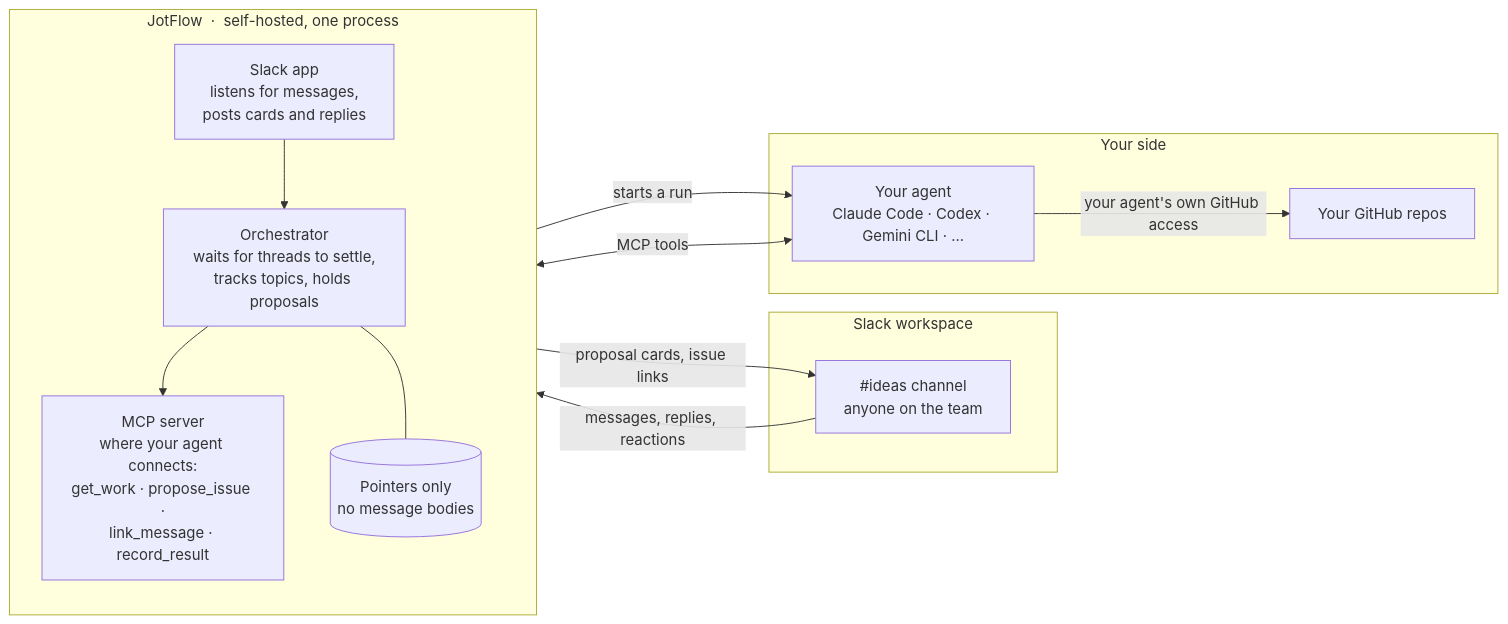
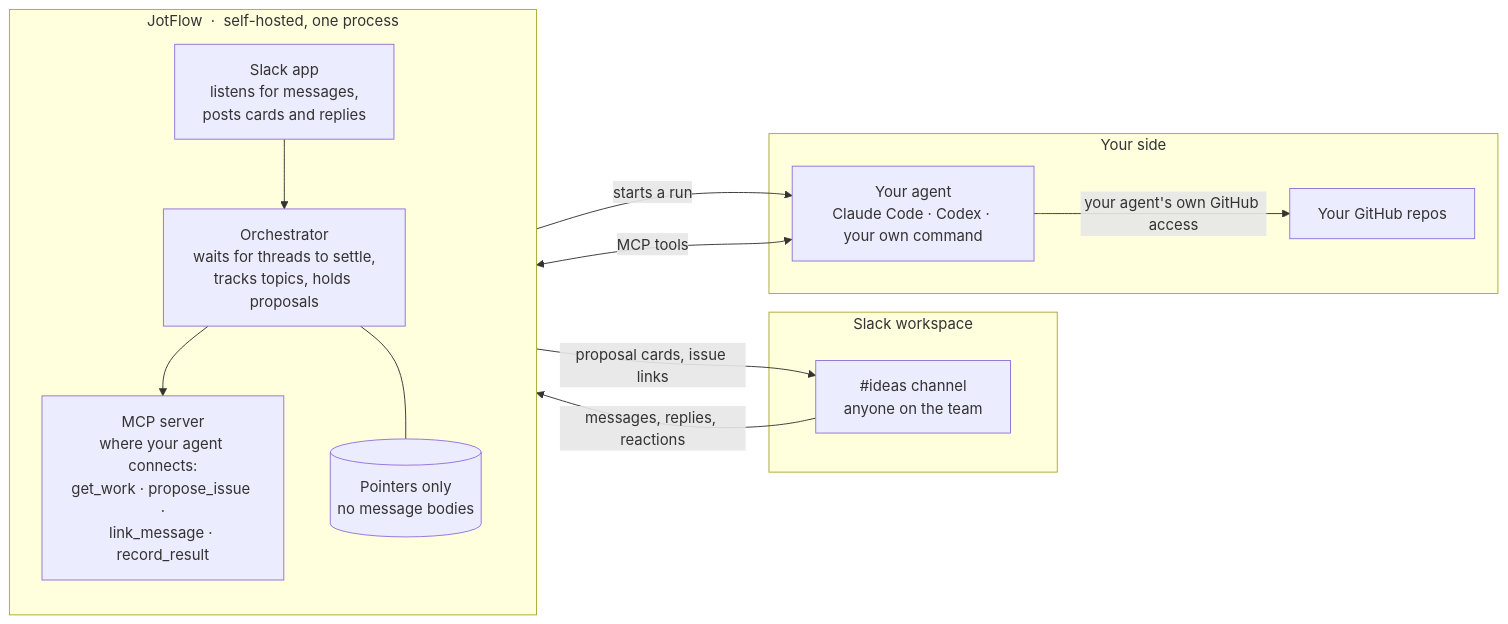
Before and after one commit to Jnkman787/jotflow: the first of 2 diagrams in README.md, drawn with Mermaid. The commit also changed other lines of this file and 2 other files, not shown here.

Commit message:
docs: add the After v0.1.0 milestone to the roadmap, and keep 0.1.0's docs to what ships (#218)
Refs #41

````diff
--- a/README.md
+++ b/README.md
@@ -19,27 +19,27 @@
 ```mermaid
 flowchart LR
     subgraph slack["Slack workspace"]
         ch["#ideas channel<br/>anyone on the team"]
     end
 
     subgraph jotflow["JotFlow &nbsp;·&nbsp; self-hosted, one process"]
         direction TB
         app["Slack app<br/>listens for messages,<br/>posts cards and replies"]
         core["Orchestrator<br/>waits for threads to settle,<br/>tracks topics, holds proposals"]
         mcp["MCP server<br/>where your agent connects:<br/>get_work · propose_issue ·<br/>link_message · record_result"]
         db[("Pointers only<br/>no message bodies")]
         app --> core --> mcp
         core --- db
     end
 
     subgraph yours["Your side"]
-        agent["Your agent<br/>Claude Code · Codex · Gemini CLI · ..."]
+        agent["Your agent<br/>Claude Code · Codex · your own command"]
         gh["Your GitHub repos"]
     end
 
     ch -- "messages, replies, reactions" --> app
     app -- "proposal cards, issue links" --> ch
     core -- "starts a run" --> agent
     agent <-- "MCP tools" --> mcp
     agent -- "your agent's own GitHub access" --> gh
 ```
````
